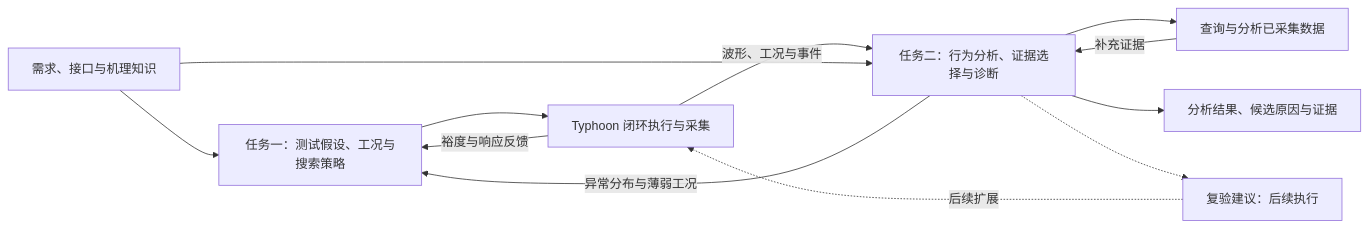
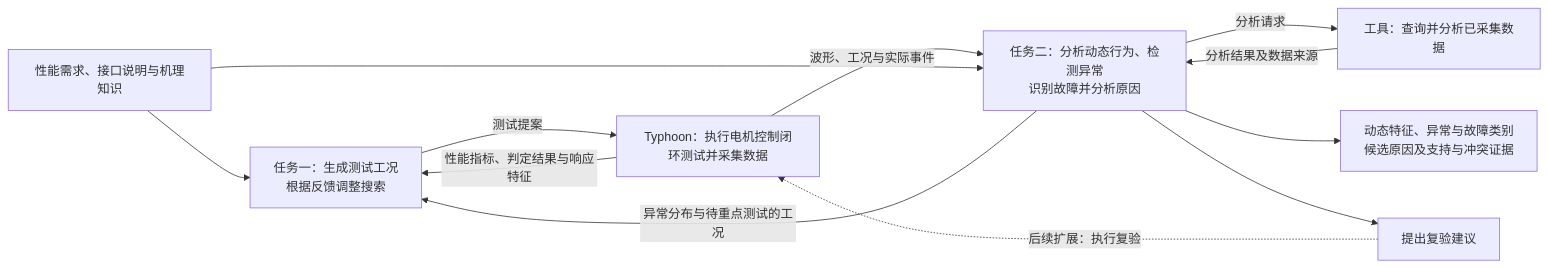
The first of 3 diagrams in docs/research/2026-11-11-hil-ai-selection/technical-selection.md (LYX2LK/Typhoon-HIL-lab-workflow), drawn with Mermaid before and after one commit. The commit also changed other lines of this file and 14 other files, not shown here.

First line of the commit message:
docs(research): 深化 HIL 大模型方法设计并完善方案与流程图

````diff
--- a/docs/research/2026-11-11-hil-ai-selection/technical-selection.md
+++ b/docs/research/2026-11-11-hil-ai-selection/technical-selection.md
@@ -35,14 +35,14 @@
 ```mermaid
 flowchart LR
-    K["需求、接口与机理知识"] --> A["任务一：测试假设、工况与搜索策略"]
-    A --> E["Typhoon 闭环执行与采集"]
-    E -->|裕度与响应反馈| A
-    E -->|波形、工况与事件| B["任务二：行为分析、证据选择与诊断"]
+    K["性能需求、接口说明与机理知识"] --> A["任务一：生成测试工况<br/>根据反馈调整搜索"]
+    A -->|测试提案| E["Typhoon：执行电机控制闭环测试并采集数据"]
+    E -->|性能指标、判定结果与响应特征| A
+    E -->|波形、工况与实际事件| B["任务二：分析动态行为、检测异常<br/>识别故障并分析原因"]
     K --> B
-    B --> Q["查询与分析已采集数据"]
-    Q -->|补充证据| B
-    B --> O["分析结果、候选原因与证据"]
-    B -->|异常分布与薄弱工况| A
-    B -.-> R["复验建议：后续执行"]
-    R -.->|后续扩展| E
+    B -->|分析请求| Q["工具：查询并分析已采集数据"]
+    Q -->|分析结果及数据来源| B
+    B --> O["动态特征、异常与故障类别<br/>候选原因及支持与冲突证据"]
+    B -->|异常分布与待重点测试的工况| A
+    B --> R["提出复验建议"]
+    R -.->|后续扩展：执行复验| E
 ```
````
